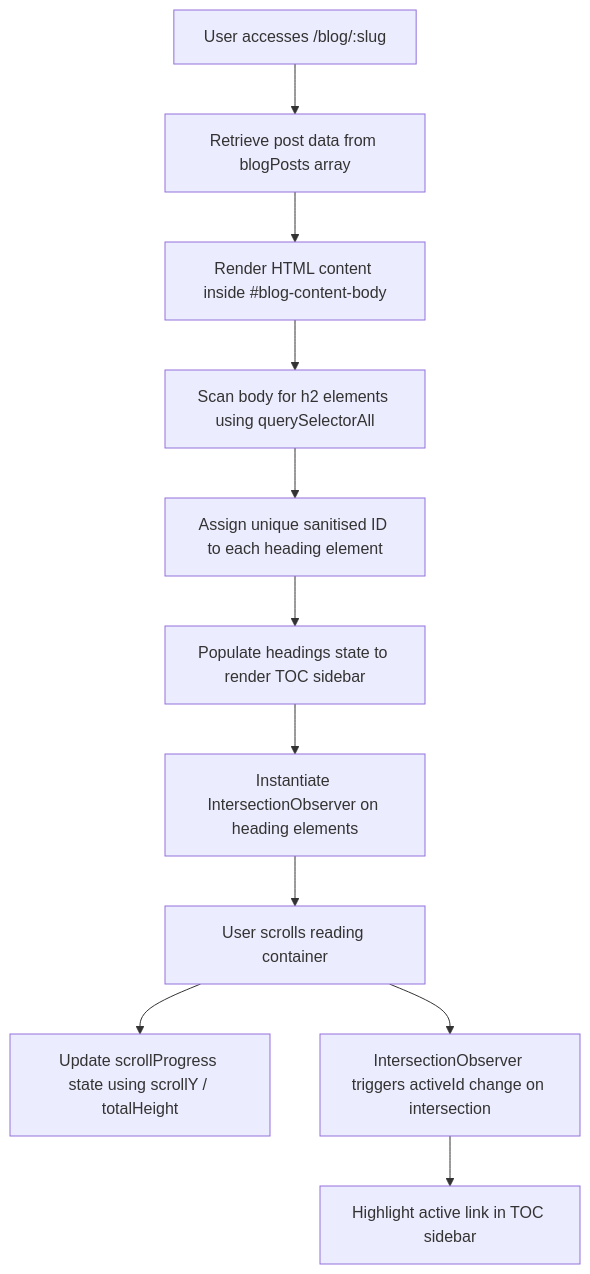
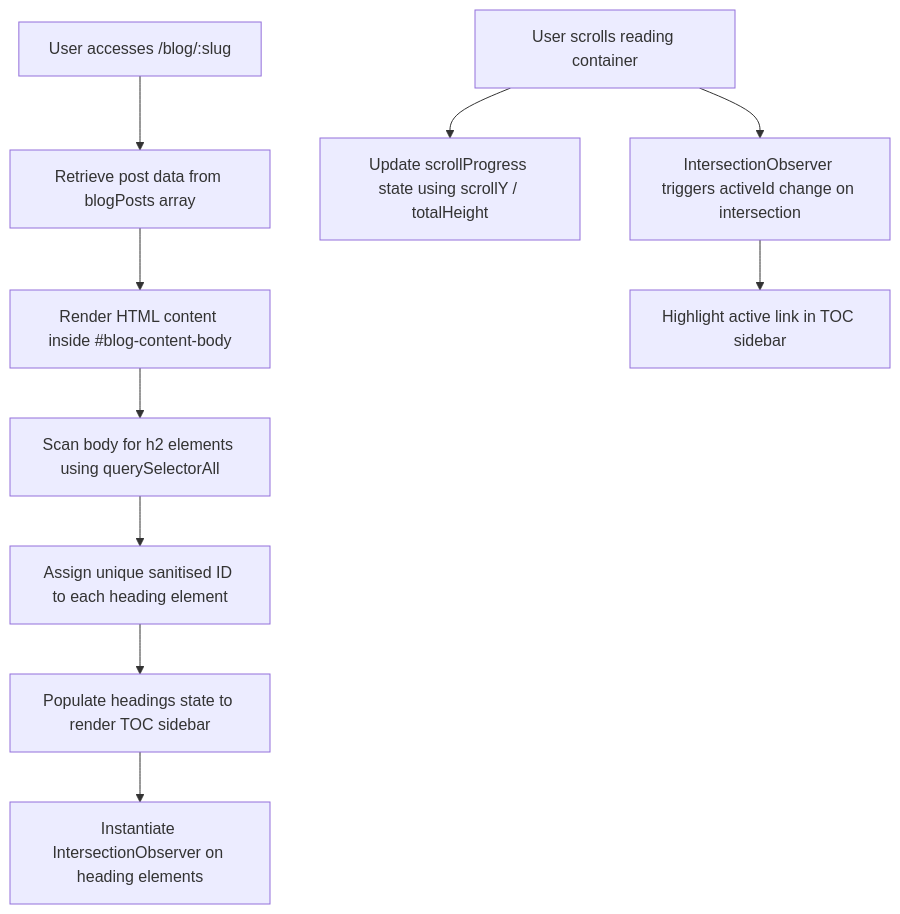
The second of 2 diagrams in BRAIN.md (mrafiq825/MRafiq825), drawn with Mermaid before and after one commit. The commit also changed other lines of this file and 29 other files, not shown here.

````diff
--- a/BRAIN.md
+++ b/BRAIN.md
@@ -102,13 +105,12 @@
 ```mermaid
 flowchart TD
     A[User accesses /blog/:slug] --> B[Retrieve post data from blogPosts array]
     B --> C[Render HTML content inside #blog-content-body]
     C --> D[Scan body for h2 elements using querySelectorAll]
     D --> E[Assign unique sanitised ID to each heading element]
     E --> F[Populate headings state to render TOC sidebar]
     F --> G[Instantiate IntersectionObserver on heading elements]
-    G --> H[User scrolls reading container]
-    H --> I[Update scrollProgress state using scrollY / totalHeight]
+    H[User scrolls reading container] --> I[Update scrollProgress state using scrollY / totalHeight]
     H --> J[IntersectionObserver triggers activeId change on intersection]
     J --> K[Highlight active link in TOC sidebar]
 ```
````
